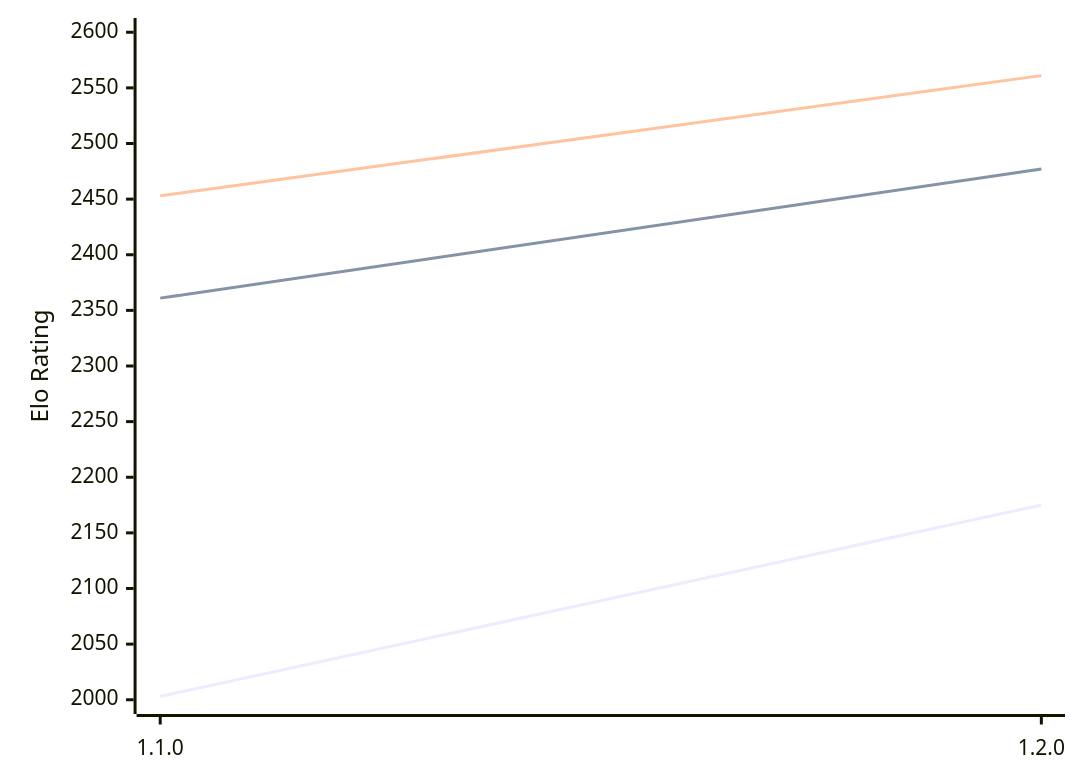
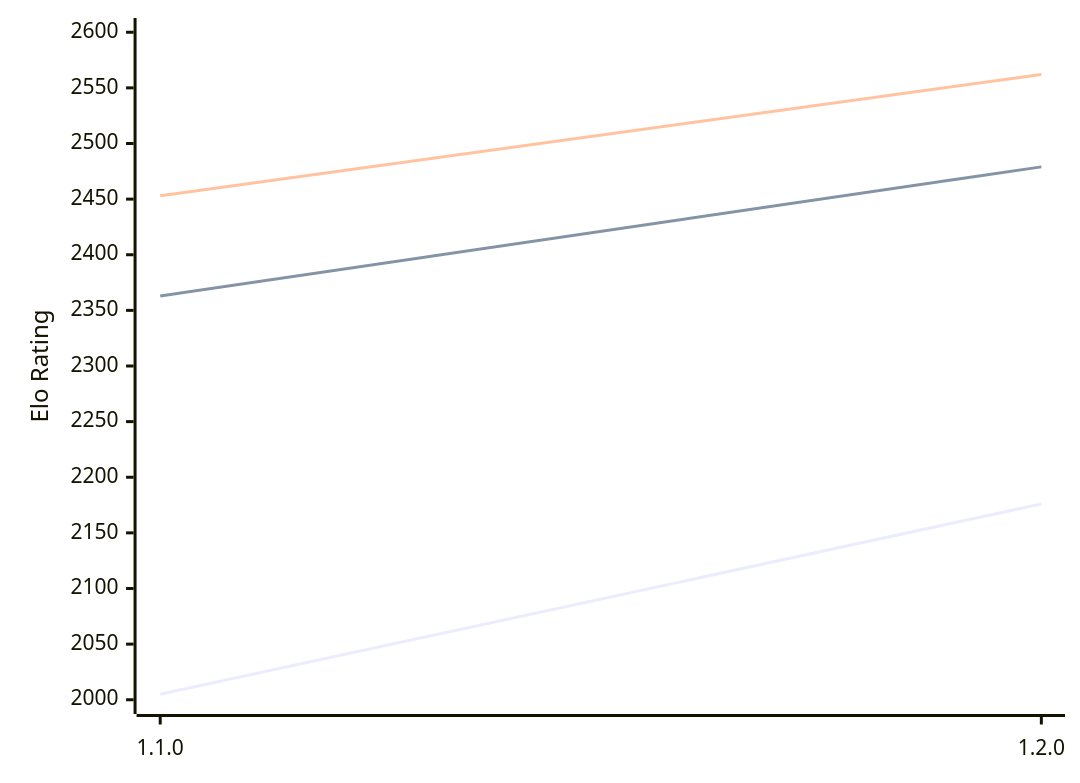
One commit to computer-chess-index/cci changed the diagram in engines/Gyatso.md. Above: the diagram before and after it, drawn with Mermaid. The commit also changed other lines of this file, not shown here.

Commit message:
Update CCI Ratings (ELO VLTC) - 2026-02-13

````diff
--- a/engines/Gyatso.md
+++ b/engines/Gyatso.md
@@ -30,9 +30,9 @@
 ```mermaid
 %%{init: {"theme":"base","themeVariables":{"seriesColors:['#a3a3a3','#222221','#faa371']}}}%%
 xychart-beta
   x-axis ["1.1.0", "1.2.0"]
   y-axis "Elo Rating" 2000 --> 2600
-  line "STC (8.0+0.08s)" [2003, 2175]
-  line "LTC (60.0+0.60s)" [2361, 2477]
-  line "VLTC (2m24s+1.12s)" [2453, 2561]
+  line "STC (8.0+0.08s)" [2005, 2176]
+  line "LTC (60.0+0.60s)" [2363, 2479]
+  line "VLTC (2m24s+1.12s)" [2453, 2562]
 ```
````
